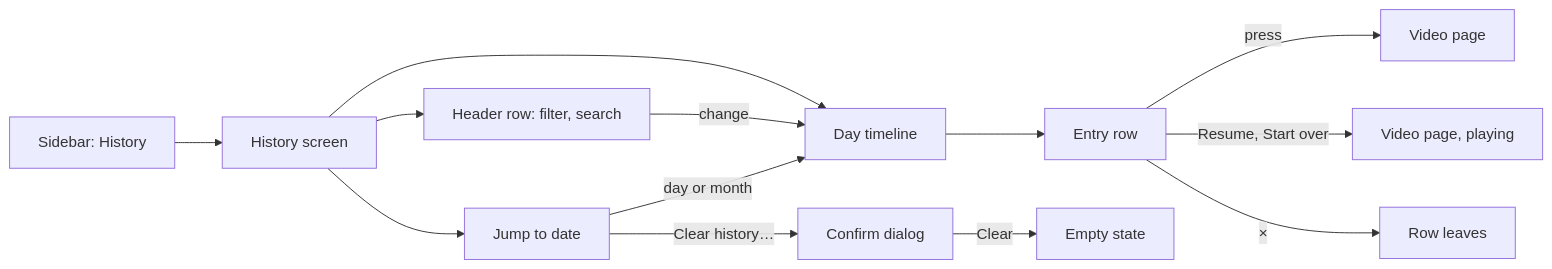
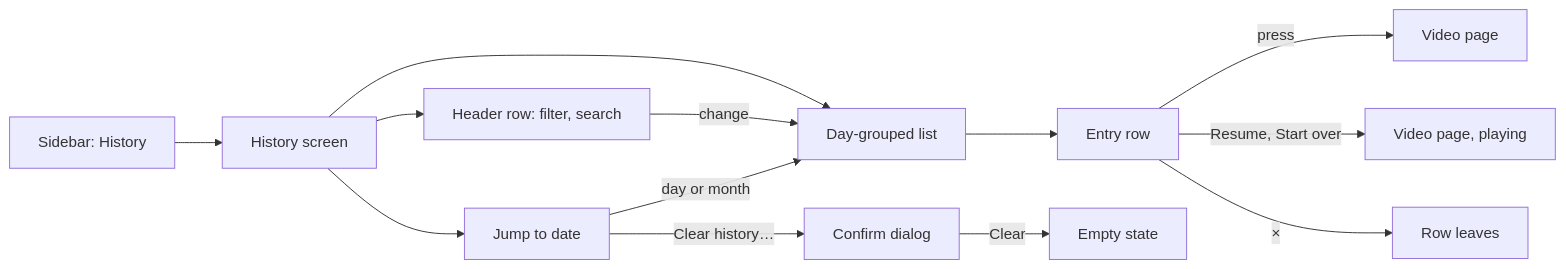
The first of 3 diagrams in specs/043-watch-history/ui-design.md (syudead/vv), drawn with Mermaid before and after one commit. The commit also changed other lines of this file, not shown here.

First line of the commit message:
Revise the watch history UI design for the day-grouped list without the entry time (#792)

````diff
--- a/specs/043-watch-history/ui-design.md
+++ b/specs/043-watch-history/ui-design.md
@@ -44,15 +51,15 @@
 ```mermaid
 flowchart LR
   side[Sidebar: History] --> page[History screen]
   page --> header[Header row: filter, search]
-  page --> timeline[Day timeline]
+  page --> list[Day-grouped list]
   page --> jump[Jump to date]
-  header -->|change| timeline
-  jump -->|day or month| timeline
-  timeline --> row[Entry row]
+  header -->|change| list
+  jump -->|day or month| list
+  list --> row[Entry row]
   row -->|press| video[Video page]
   row -->|Resume, Start over| play[Video page, playing]
   row -->|×| gone[Row leaves]
   jump -->|Clear history…| confirm[Confirm dialog]
   confirm -->|Clear| empty[Empty state]
 ```
````
